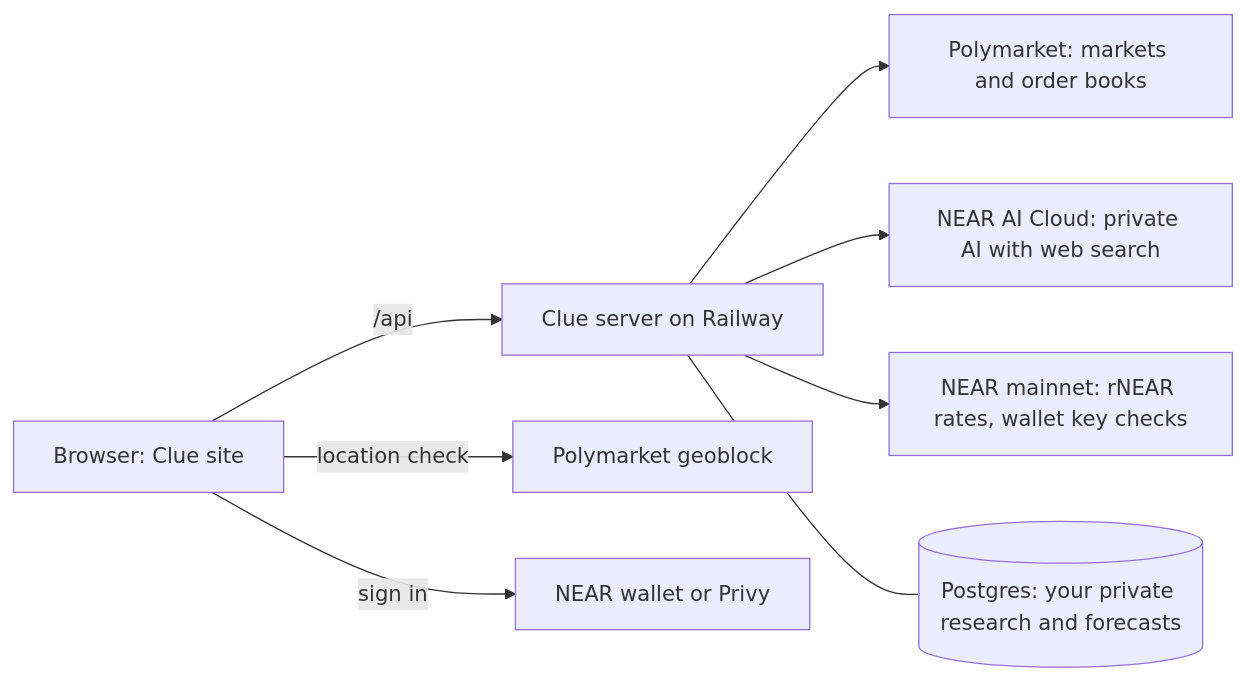
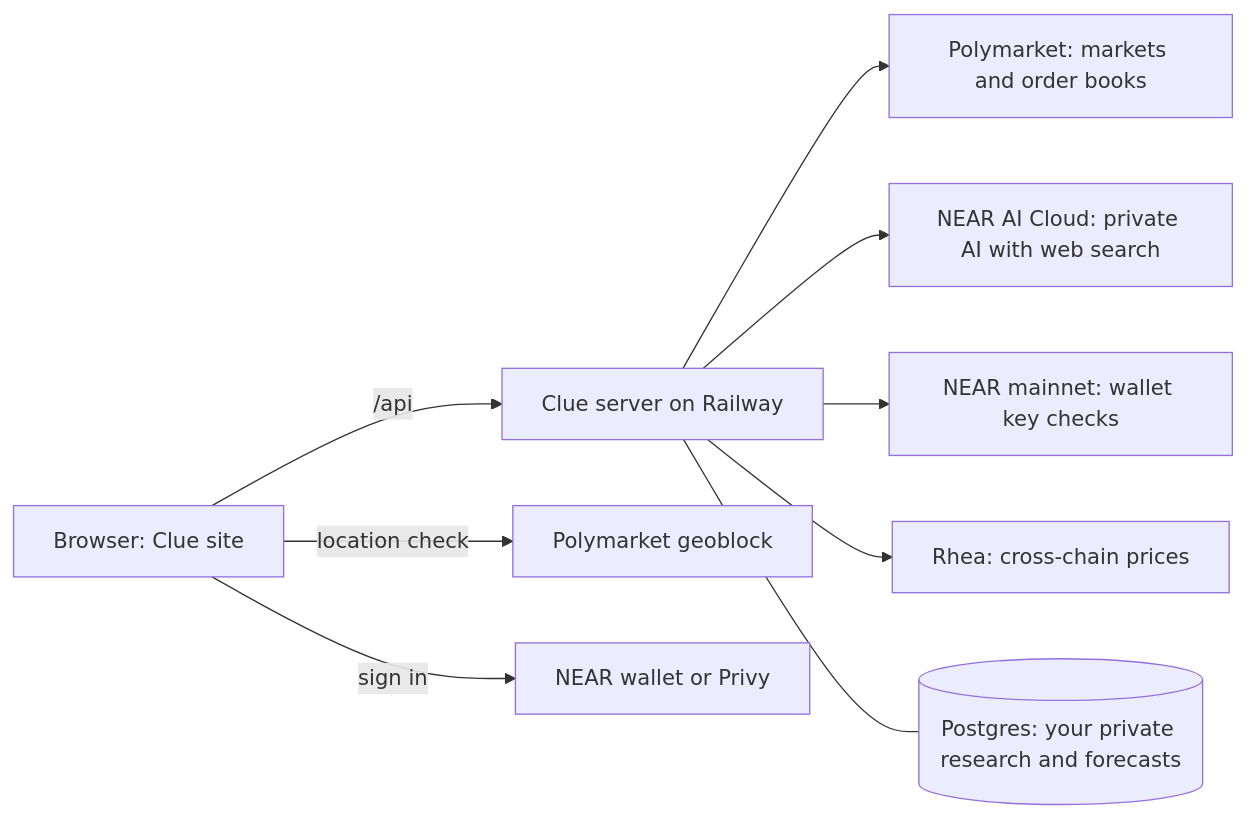
Before and after one commit to majorlabs/cluemarket: the diagram in README.md, drawn with Mermaid. The commit also changed other lines of this file and 9 other files, not shown here.

````diff
--- a/README.md
+++ b/README.md
@@ -127,10 +127,11 @@
 ```mermaid
 flowchart LR
   U[Browser: Clue site] -->|/api| S[Clue server on Railway]
   S --> P[Polymarket: markets and order books]
   S --> N[NEAR AI Cloud: private AI with web search]
-  S --> R[NEAR mainnet: rNEAR rates, wallet key checks]
+  S --> R[NEAR mainnet: wallet key checks]
+  S --> H[Rhea: cross-chain prices]
   U -->|location check| G[Polymarket geoblock]
   U -->|sign in| W[NEAR wallet or Privy]
   S --- D[(Postgres: your private research and forecasts)]
 ```
````
